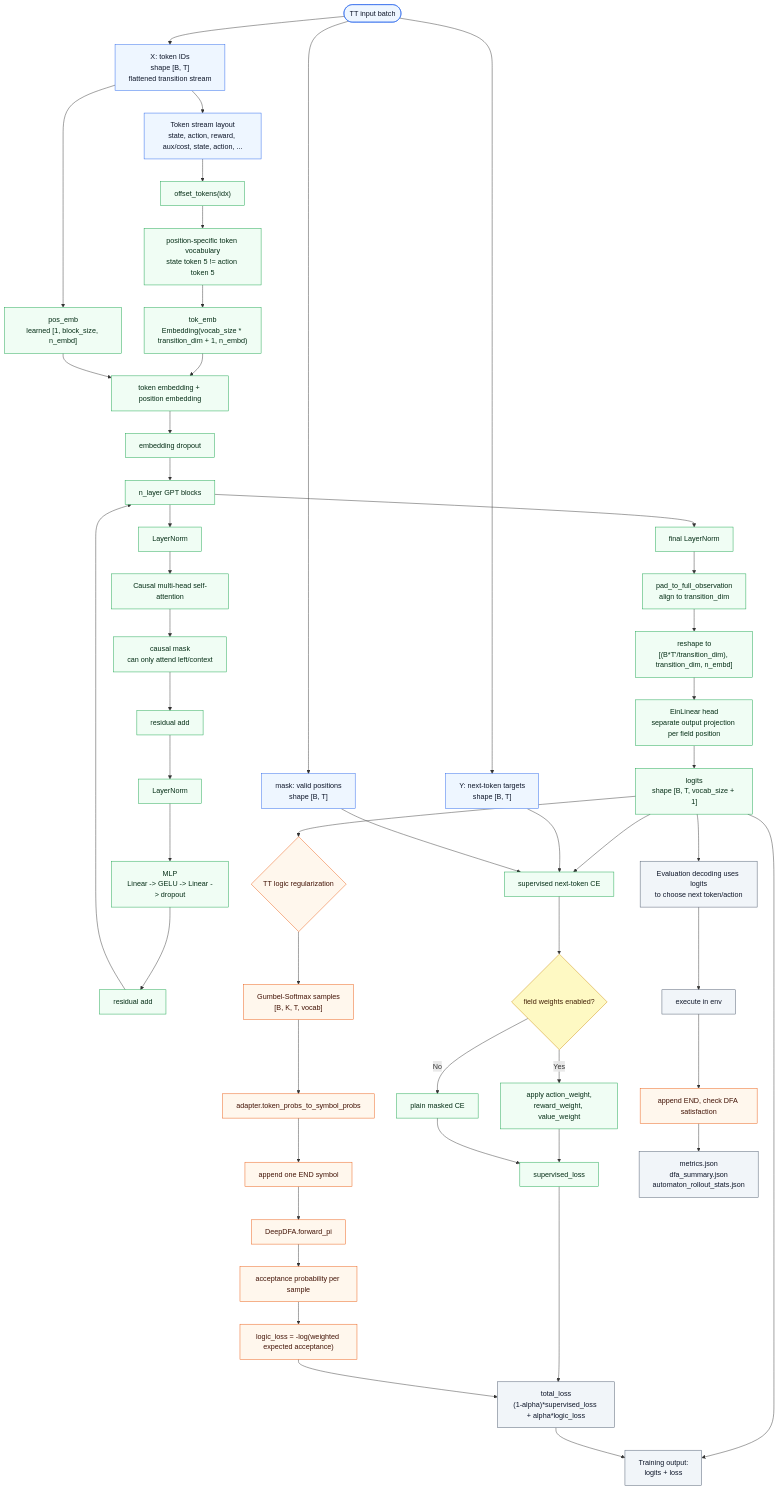
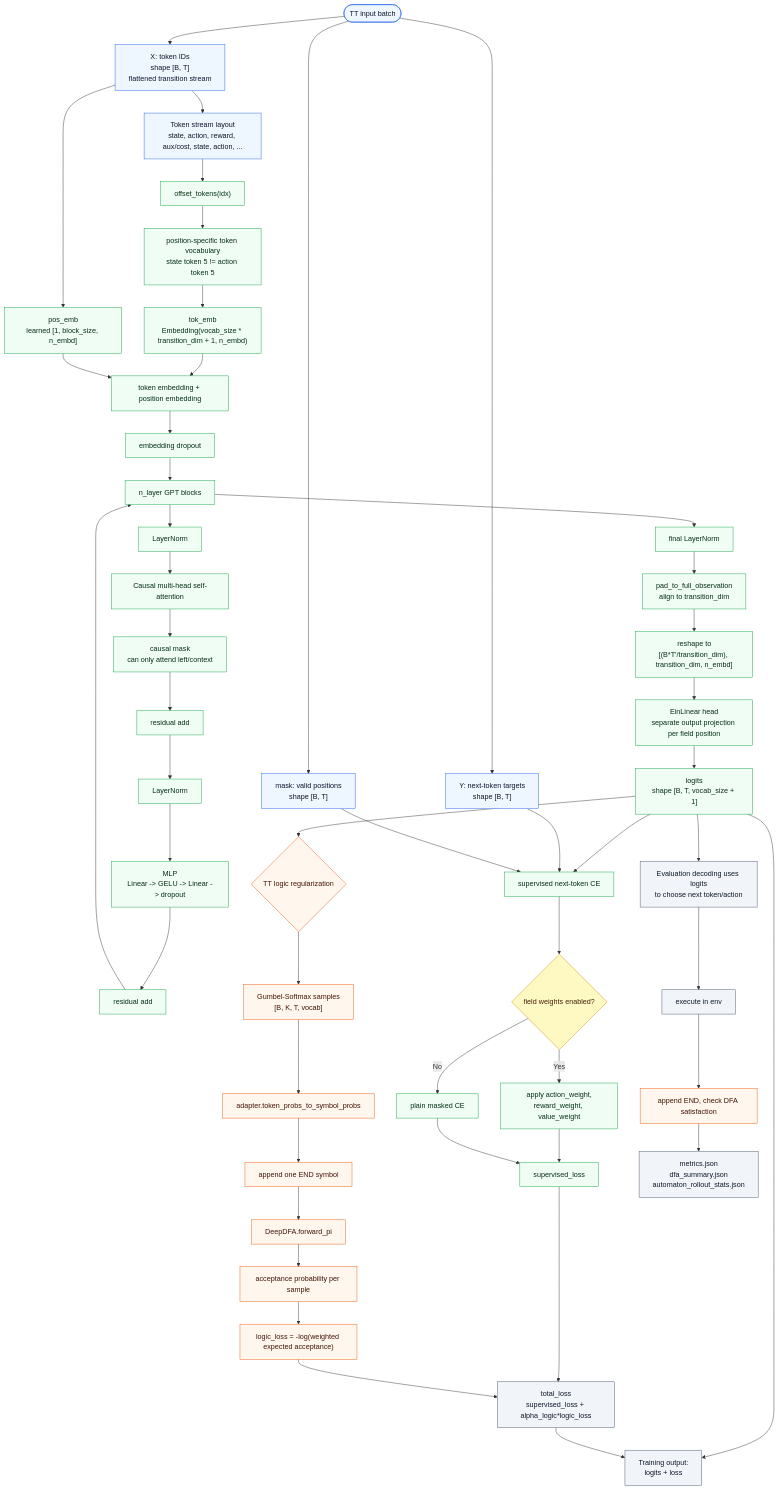
The diagram in docs/workflow/tt_architecture.mmd (ashkanans/nesy_rl_test), drawn with Mermaid before and after one commit. The commit also changed 37 other files, not shown here.

```diff
--- a/docs/workflow/tt_architecture.mmd
+++ b/docs/workflow/tt_architecture.mmd
@@ -1,68 +1,68 @@
 flowchart TD
     A([TT input batch]) --> X["X: token IDs<br/>shape [B, T]<br/>flattened transition stream"]
     A --> Y["Y: next-token targets<br/>shape [B, T]"]
     A --> Mask["mask: valid positions<br/>shape [B, T]"]
 
     X --> Stream["Token stream layout<br/>state, action, reward, aux/cost, state, action, ..."]
     Stream --> Offset["offset_tokens(idx)"]
     Offset --> OffsetWhy["position-specific token vocabulary<br/>state token 5 != action token 5"]
     OffsetWhy --> TokEmb["tok_emb<br/>Embedding(vocab_size * transition_dim + 1, n_embd)"]
     X --> PosEmb["pos_emb<br/>learned [1, block_size, n_embd]"]
     TokEmb --> Add["token embedding + position embedding"]
     PosEmb --> Add
     Add --> Drop["embedding dropout"]
 
     Drop --> Blocks["n_layer GPT blocks"]
     Blocks --> B1["LayerNorm"]
     B1 --> Attn["Causal multi-head self-attention"]
     Attn --> AttnMask["causal mask<br/>can only attend left/context"]
     AttnMask --> Res1["residual add"]
     Res1 --> B2["LayerNorm"]
     B2 --> MLP["MLP<br/>Linear -> GELU -> Linear -> dropout"]
     MLP --> Res2["residual add"]
     Res2 --> Blocks
 
     Blocks --> FinalLN["final LayerNorm"]
     FinalLN --> Pad["pad_to_full_observation<br/>align to transition_dim"]
     Pad --> Group["reshape to<br/>[(B*T'/transition_dim), transition_dim, n_embd]"]
     Group --> Head["EinLinear head<br/>separate output projection per field position"]
     Head --> Logits["logits<br/>shape [B, T, vocab_size + 1]"]
 
     Logits --> SupCE["supervised next-token CE"]
     Y --> SupCE
     Mask --> SupCE
     SupCE --> FieldWeights{"field weights enabled?"}
     FieldWeights -->|Yes| Weighted["apply action_weight,<br/>reward_weight, value_weight"]
     FieldWeights -->|No| Plain["plain masked CE"]
     Weighted --> SupLoss["supervised_loss"]
     Plain --> SupLoss
 
     Logits --> LogicSwitch{"TT logic regularization"}
     LogicSwitch --> Samples["Gumbel-Softmax samples<br/>[B, K, T, vocab]"]
     Samples --> SymbolProbs["adapter.token_probs_to_symbol_probs"]
     SymbolProbs --> End["append one END symbol"]
     End --> DeepDFA["DeepDFA.forward_pi"]
     DeepDFA --> Accept["acceptance probability per sample"]
     Accept --> LogicLoss["logic_loss = -log(weighted expected acceptance)"]
 
-    SupLoss --> Total["total_loss<br/>(1-alpha)*supervised_loss + alpha*logic_loss"]
+    SupLoss --> Total["total_loss<br/>supervised_loss + alpha_logic*logic_loss"]
     LogicLoss --> Total
 
     Logits --> TrainOutput["Training output:<br/>logits + loss"]
     Total --> TrainOutput
     Logits --> Decode["Evaluation decoding uses logits<br/>to choose next token/action"]
     Decode --> Rollout["execute in env"]
     Rollout --> EvalDFA["append END, check DFA satisfaction"]
     EvalDFA --> Metrics["metrics.json<br/>dfa_summary.json<br/>automaton_rollout_stats.json"]
 
     classDef input fill:#eef6ff,stroke:#2563eb,color:#0f172a
     classDef arch fill:#f0fdf4,stroke:#16a34a,color:#052e16
     classDef logic fill:#fff7ed,stroke:#ea580c,color:#431407
     classDef decision fill:#fef9c3,stroke:#ca8a04,color:#422006
     classDef output fill:#f1f5f9,stroke:#475569,color:#0f172a
 
     class A,X,Y,Mask,Stream input
     class Offset,OffsetWhy,TokEmb,PosEmb,Add,Drop,Blocks,B1,Attn,AttnMask,Res1,B2,MLP,Res2,FinalLN,Pad,Group,Head,Logits,SupCE,Weighted,Plain,SupLoss arch
     class LogicSwitch,Samples,SymbolProbs,End,DeepDFA,Accept,LogicLoss,EvalDFA logic
     class FieldWeights decision
     class Total,TrainOutput,Decode,Rollout,Metrics output
```
